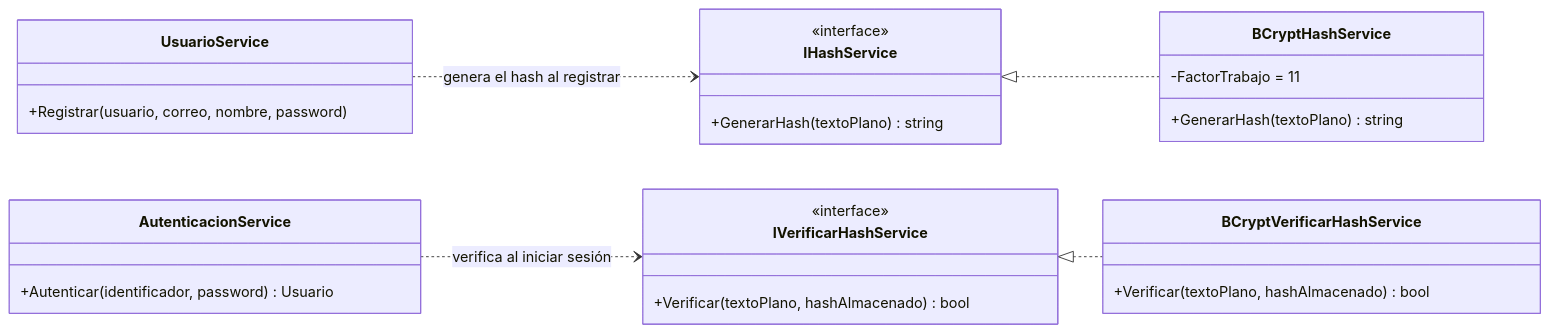
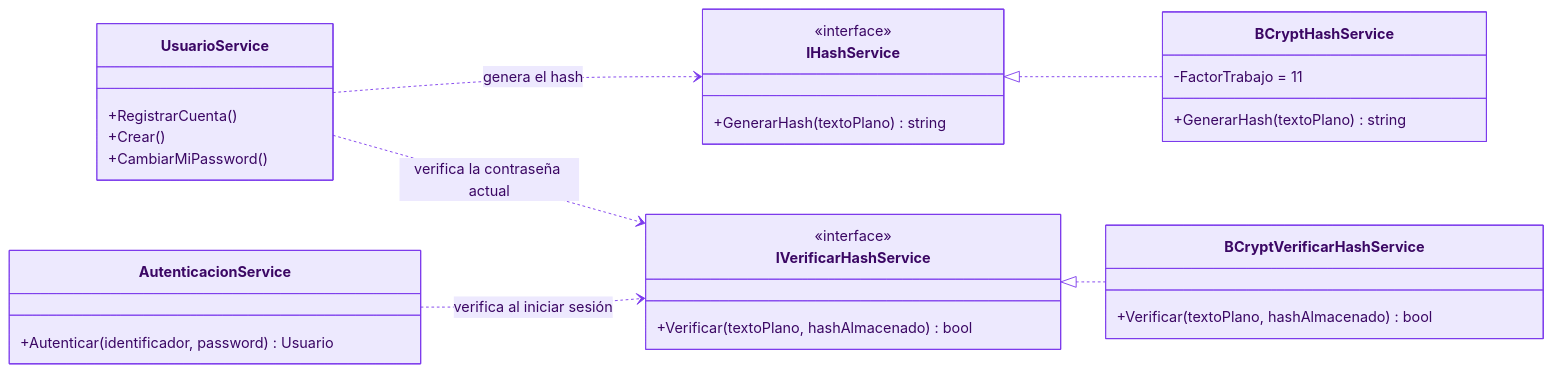
The third of 8 diagrams in README.md (VITIDEV06/InventarioMVP), drawn with Mermaid before and after one commit. The commit also changed other lines of this file and 99 other files, not shown here.

````diff
--- a/README.md
+++ b/README.md
@@ -208,30 +305,41 @@
 ```mermaid
+%%{init: {'theme':'base','themeVariables':{'fontFamily':'Segoe UI, Arial, sans-serif','lineColor':'#7c3aed','primaryColor':'#ede9fe','primaryBorderColor':'#7c3aed','primaryTextColor':'#3b0764','secondaryColor':'#dcfce7','tertiaryColor':'#fef3c7','classText':'#3b0764'}}}%%
 classDiagram
     direction LR
     class IHashService {
         <<interface>>
         +GenerarHash(textoPlano) string
     }
     class IVerificarHashService {
         <<interface>>
         +Verificar(textoPlano, hashAlmacenado) bool
     }
     class BCryptHashService {
         -FactorTrabajo = 11
         +GenerarHash(textoPlano) string
     }
     class BCryptVerificarHashService {
         +Verificar(textoPlano, hashAlmacenado) bool
     }
     class UsuarioService {
-        +Registrar(usuario, correo, nombre, password)
+        +RegistrarCuenta()
+        +Crear()
+        +CambiarMiPassword()
     }
     class AutenticacionService {
         +Autenticar(identificador, password) Usuario
     }
 
     IHashService <|.. BCryptHashService
     IVerificarHashService <|.. BCryptVerificarHashService
-    UsuarioService ..> IHashService : genera el hash al registrar
+    UsuarioService ..> IHashService : genera el hash
+    UsuarioService ..> IVerificarHashService : verifica la contraseña actual
     AutenticacionService ..> IVerificarHashService : verifica al iniciar sesión
+
+    classDef contrato fill:#ede9fe,stroke:#7c3aed,stroke-width:2px,color:#4c1d95
+    classDef impl fill:#dcfce7,stroke:#16a34a,stroke-width:2px,color:#14532d
+    classDef servicio fill:#fef3c7,stroke:#d97706,stroke-width:2px,color:#78350f
+    cssClass "IHashService,IVerificarHashService" contrato
+    cssClass "BCryptHashService,BCryptVerificarHashService" impl
+    cssClass "UsuarioService,AutenticacionService" servicio
 ```
````
